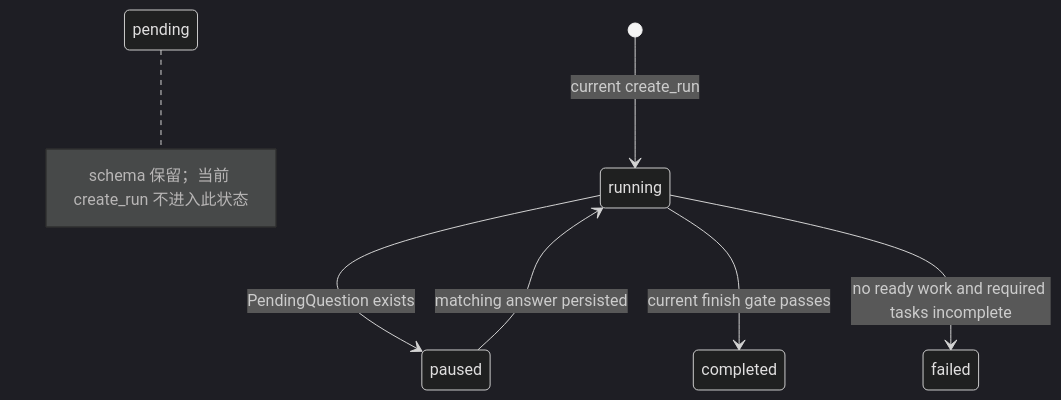
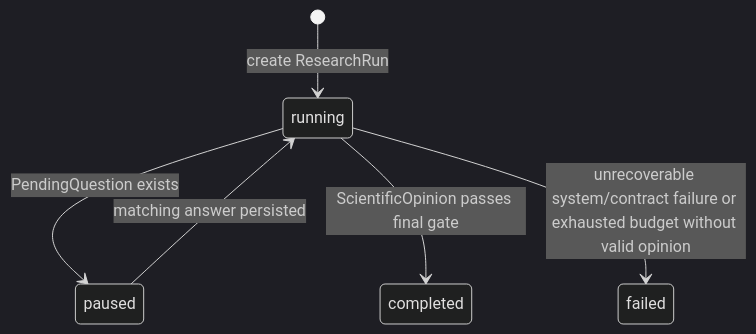
One commit to ylc123456789/ResAgent2 changed the fourth of 4 diagrams in docs/ARCHITECTURE.md. Above: the diagram before and after it, drawn with Mermaid (dark theme). The commit also changed other lines of this file and 8 other files, not shown here.

Commit message:
docs: define phase 7 scientific control architecture

````diff
--- a/docs/ARCHITECTURE.md
+++ b/docs/ARCHITECTURE.md
@@ -342,12 +345,8 @@
 ```mermaid
 stateDiagram-v2
-    state "pending" as pending
-    note right of pending
-      schema 保留；当前 create_run 不进入此状态
-    end note
-    [*] --> running: current create_run
+    [*] --> running: create ResearchRun
     running --> paused: PendingQuestion exists
     paused --> running: matching answer persisted
-    running --> completed: current finish gate passes
-    running --> failed: no ready work and required tasks incomplete
+    running --> completed: ScientificOpinion passes final gate
+    running --> failed: unrecoverable system/contract failure or exhausted budget without valid opinion
 ```
````
